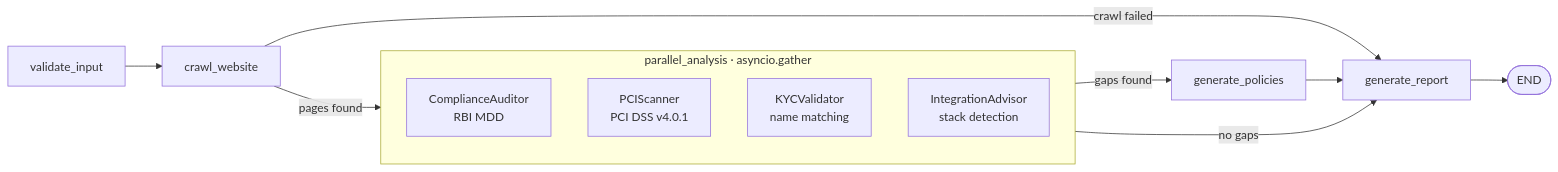
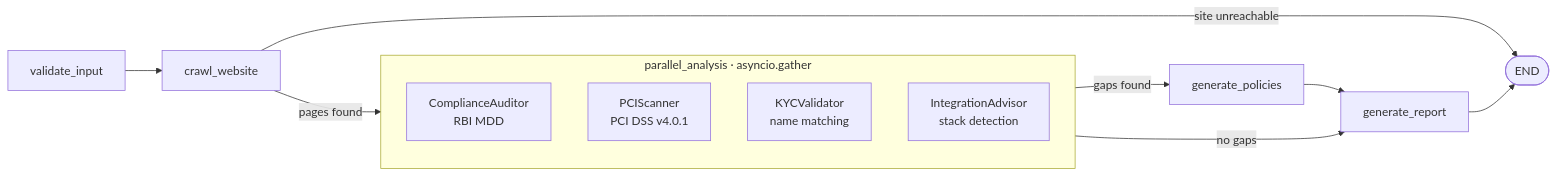
One commit to khichar-monika15/merchant-compliance-engine changed the diagram in README.md. Above: the diagram before and after it, drawn with Mermaid. The commit also changed other lines of this file and 10 other files, not shown here.

````diff
--- a/README.md
+++ b/README.md
@@ -44,17 +44,17 @@
 ```mermaid
 graph LR
   A[validate_input] --> B[crawl_website]
   B -->|pages found| C[parallel_analysis]
-  B -->|crawl failed| F[generate_report]
+  B -->|site unreachable| G([END])
   C -->|gaps found| E[generate_policies]
-  C -->|no gaps| F
+  C -->|no gaps| F[generate_report]
   E --> F
   F --> G([END])
 
   subgraph C [parallel_analysis · asyncio.gather]
     C1[ComplianceAuditor<br/>RBI MDD]
     C2[PCIScanner<br/>PCI DSS v4.0.1]
     C3[KYCValidator<br/>name matching]
     C4[IntegrationAdvisor<br/>stack detection]
   end
 ```
````
